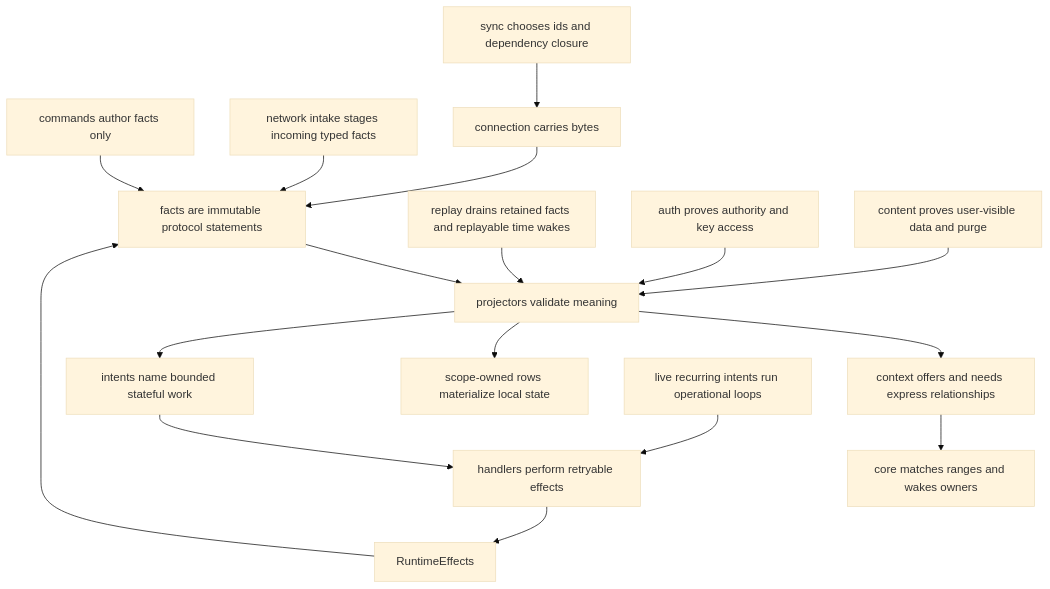
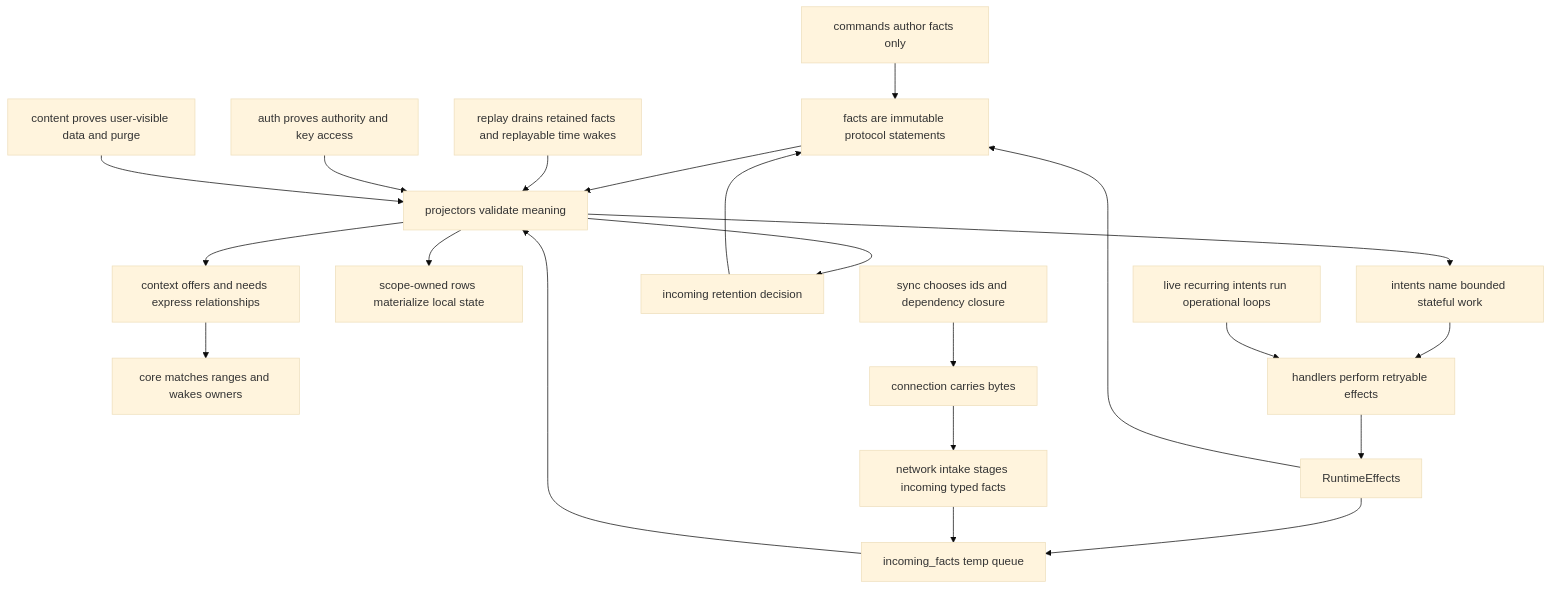
The fifth of 5 diagrams in ARCHITECTURE_DIAGRAMS.md (holmesworcester/poc-10), drawn with Mermaid (base theme) before and after one commit. The commit also changed other lines of this file and 4 other files, not shown here.

````diff
--- a/ARCHITECTURE_DIAGRAMS.md
+++ b/ARCHITECTURE_DIAGRAMS.md
@@ -320,20 +247,24 @@
 ```mermaid
 flowchart TD
     FACTS["facts are immutable protocol statements"] --> PROJECTORS["projectors validate meaning"]
     PROJECTORS --> CONTEXT["context offers and needs express relationships"]
     CONTEXT --> CORE_MATCH["core matches ranges and wakes owners"]
     PROJECTORS --> ROWS["scope-owned rows materialize local state"]
     PROJECTORS --> INTENTS["intents name bounded stateful work"]
     INTENTS --> HANDLERS["handlers perform retryable effects"]
     HANDLERS --> EFFECTS["RuntimeEffects"]
     EFFECTS --> FACTS
+    EFFECTS --> INCOMING
 
     COMMANDS["commands author facts only"] --> FACTS
-    INTAKE["network intake stages incoming typed facts"] --> FACTS
+    INTAKE["network intake stages incoming typed facts"] --> INCOMING["incoming_facts temp queue"]
+    INCOMING --> PROJECTORS
+    PROJECTORS --> RETAIN_INCOMING["incoming retention decision"]
+    RETAIN_INCOMING --> FACTS
     REPLAY["replay drains retained facts and replayable time wakes"] --> PROJECTORS
     RECURRING["live recurring intents run operational loops"] --> HANDLERS
-    CONNECTION["connection carries bytes"] --> FACTS
+    CONNECTION["connection carries bytes"] --> INTAKE
     SYNC["sync chooses ids and dependency closure"] --> CONNECTION
     AUTH["auth proves authority and key access"] --> PROJECTORS
     CONTENT["content proves user-visible data and purge"] --> PROJECTORS
 ```
````
